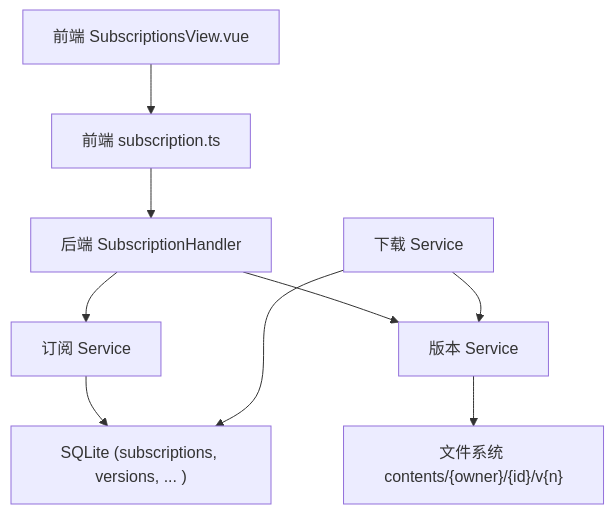
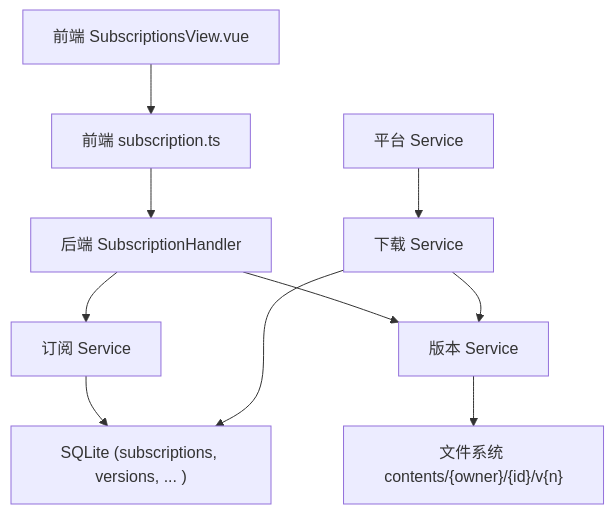
One commit to AlcaProphet/VPN-Subscription-Management changed the first of 8 diagrams in .qoder/repowiki/zh/content/核心功能模块/订阅管理系统.md. Above: the diagram before and after it, drawn with Mermaid. The commit also changed other lines of this file and 6 other files, not shown here.

````diff
--- a/.qoder/repowiki/zh/content/核心功能模块/订阅管理系统.md
+++ b/.qoder/repowiki/zh/content/核心功能模块/订阅管理系统.md
@@ -54,11 +53,12 @@
 ```mermaid
 graph TB
 FE["前端 SubscriptionsView.vue"] --> API["前端 subscription.ts"]
 API --> Srv["后端 SubscriptionHandler"]
 Srv --> SubSvc["订阅 Service"]
 Srv --> VerSvc["版本 Service"]
 SubSvc --> DB["SQLite (subscriptions, versions, ... )"]
 VerSvc --> FS["文件系统 contents/{owner}/{id}/v{n}"]
 DL["下载 Service"] --> VerSvc
 DL --> DB
+PLAT["平台 Service"] --> DL
 ```
````
